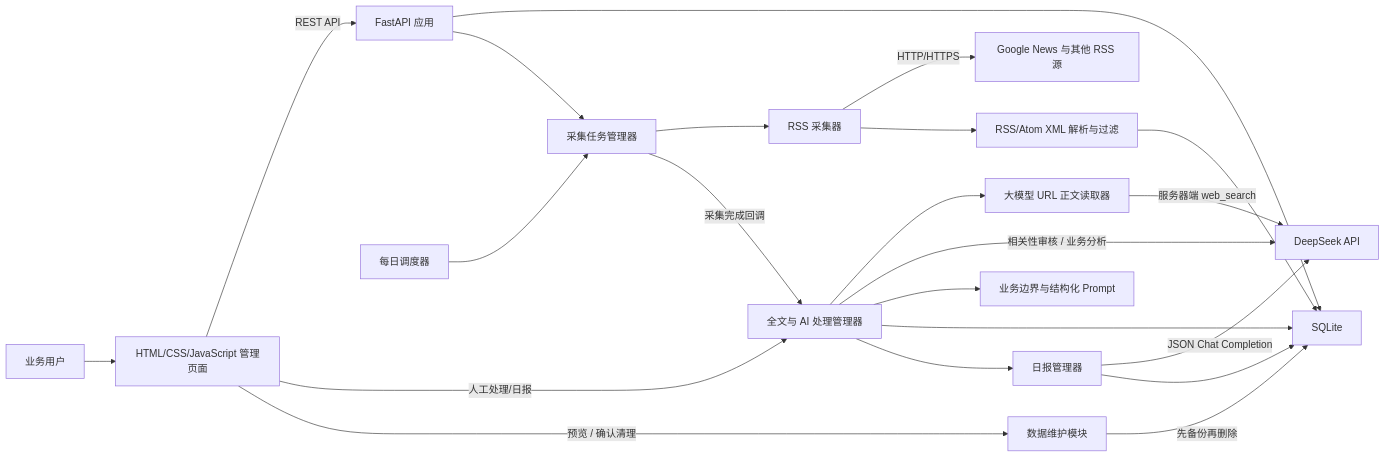
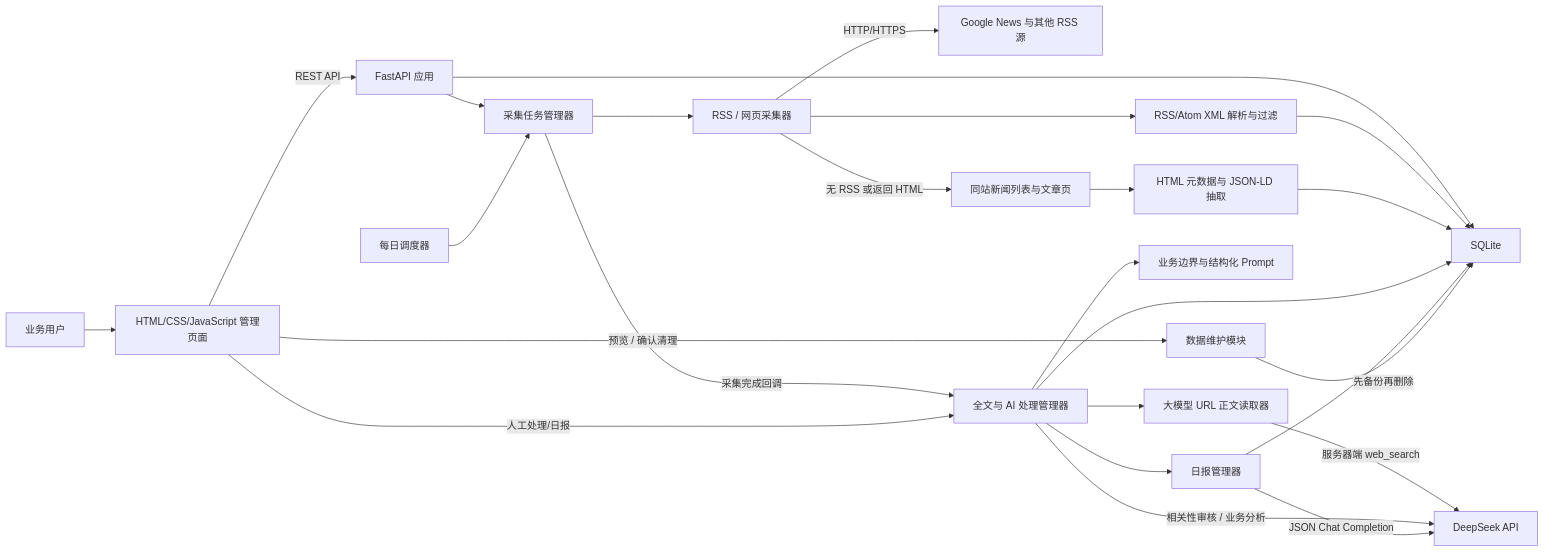
Before and after one commit to shiye1213/intco-rss-collector: the first of 3 diagrams in docs/architecture.md, drawn with Mermaid. The commit also changed other lines of this file and 12 other files, not shown here.

Commit message:
feat: add web crawler fallback for non-RSS sources

````diff
--- a/docs/architecture.md
+++ b/docs/architecture.md
@@ -5,24 +5,27 @@
 ```mermaid
 flowchart LR
     U["业务用户"] --> UI["HTML/CSS/JavaScript 管理页面"]
     UI -->|"REST API"| API["FastAPI 应用"]
     API --> DB["SQLite"]
     API --> CM["采集任务管理器"]
     SCH["每日调度器"] --> CM
-    CM --> COL["RSS 采集器"]
+    CM --> COL["RSS / 网页采集器"]
     COL -->|"HTTP/HTTPS"| RSS["Google News 与其他 RSS 源"]
+    COL -->|"无 RSS 或返回 HTML"| WEB["同站新闻列表与文章页"]
     COL --> PARSE["RSS/Atom XML 解析与过滤"]
+    WEB --> CRAWL["HTML 元数据与 JSON-LD 抽取"]
     PARSE --> DB
+    CRAWL --> DB
     CM -->|"采集完成回调"| AIM["全文与 AI 处理管理器"]
     UI -->|"人工处理/日报"| AIM
     AIM --> READER["大模型 URL 正文读取器"]
     READER -->|"服务器端 web_search"| DS["DeepSeek API"]
     AIM -->|"相关性审核 / 业务分析"| DS
     AIM --> PROMPT["业务边界与结构化 Prompt"]
     AIM --> DB
     AIM --> RM["日报管理器"]
     RM -->|"JSON Chat Completion"| DS
     RM --> DB
     UI -->|"预览 / 确认清理"| MAINT["数据维护模块"]
     MAINT -->|"先备份再删除"| DB
 ```
````
